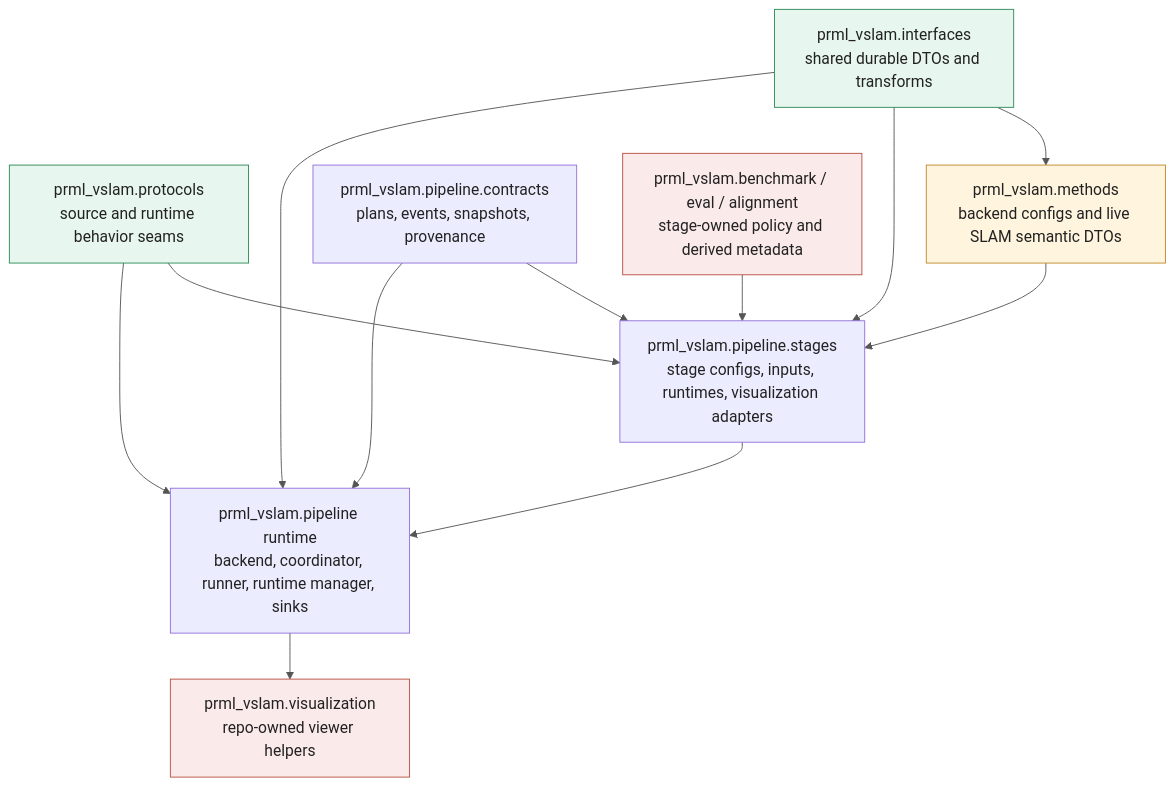
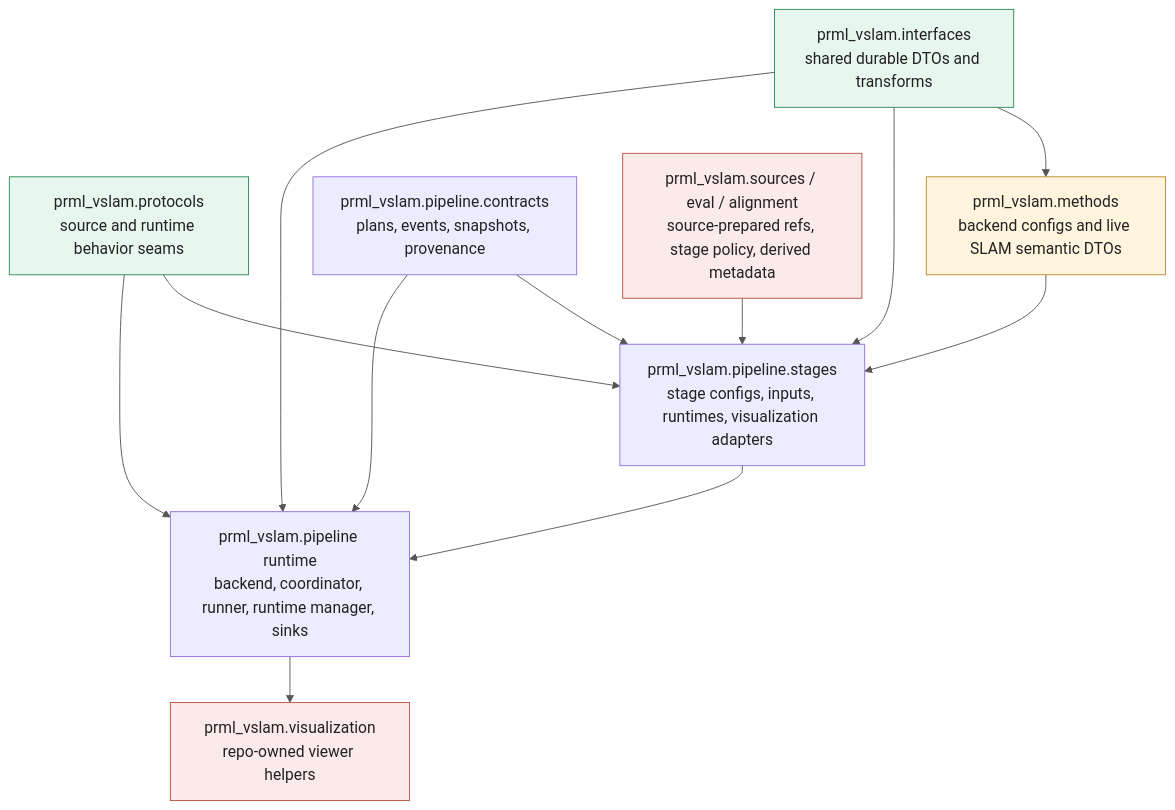
One commit to JanDuchscherer104/prml-vslam changed the first of 2 diagrams in docs/architecture/pipeline-stage-protocols-and-dtos.md. Above: the diagram before and after it, drawn with Mermaid. The commit also changed other lines of this file and 25 other files, not shown here.

Commit message:
docs: update stage ownership architecture

````diff
--- a/docs/architecture/pipeline-stage-protocols-and-dtos.md
+++ b/docs/architecture/pipeline-stage-protocols-and-dtos.md
@@ -52,43 +52,43 @@
 ```mermaid
 %%{init: {
   "theme": "base",
   "themeVariables": {
     "fontSize": "17px",
     "primaryColor": "#ECECFF",
     "primaryBorderColor": "#9370DB",
     "lineColor": "#555555",
     "tertiaryColor": "#FFF4DD"
   }
 }}%%
 flowchart TB
     Interfaces["prml_vslam.interfaces<br/>shared durable DTOs and transforms"]
     Protocols["prml_vslam.protocols<br/>source and runtime behavior seams"]
     Methods["prml_vslam.methods<br/>backend configs and live SLAM semantic DTOs"]
     PipelineContracts["prml_vslam.pipeline.contracts<br/>plans, events, snapshots, provenance"]
     PipelineStages["prml_vslam.pipeline.stages<br/>stage configs, inputs, runtimes, visualization adapters"]
     PipelineRuntime["prml_vslam.pipeline runtime<br/>backend, coordinator, runner, runtime manager, sinks"]
-    Benchmark["prml_vslam.benchmark / eval / alignment<br/>stage-owned policy and derived metadata"]
+    Benchmark["prml_vslam.sources / eval / alignment<br/>source-prepared refs, stage policy, derived metadata"]
     Visualization["prml_vslam.visualization<br/>repo-owned viewer helpers"]
 
     Interfaces --> Methods
     Interfaces --> PipelineStages
     Interfaces --> PipelineRuntime
     Protocols --> PipelineStages
     Protocols --> PipelineRuntime
     Methods --> PipelineStages
     PipelineContracts --> PipelineStages
     PipelineContracts --> PipelineRuntime
     PipelineStages --> PipelineRuntime
     Benchmark --> PipelineStages
     PipelineRuntime --> Visualization
 
     classDef repo fill:#E7F6EE,stroke:#2E8B57,color:#222222;
     classDef pipeline fill:#ECECFF,stroke:#9370DB,color:#222222;
     classDef methods fill:#FFF4DD,stroke:#C28A2C,color:#222222;
     classDef derived fill:#FBEAEA,stroke:#B85042,color:#222222;
 
     class Interfaces,Protocols repo;
     class PipelineContracts,PipelineStages,PipelineRuntime pipeline;
     class Methods methods;
     class Benchmark,Visualization derived;
 ```
````
